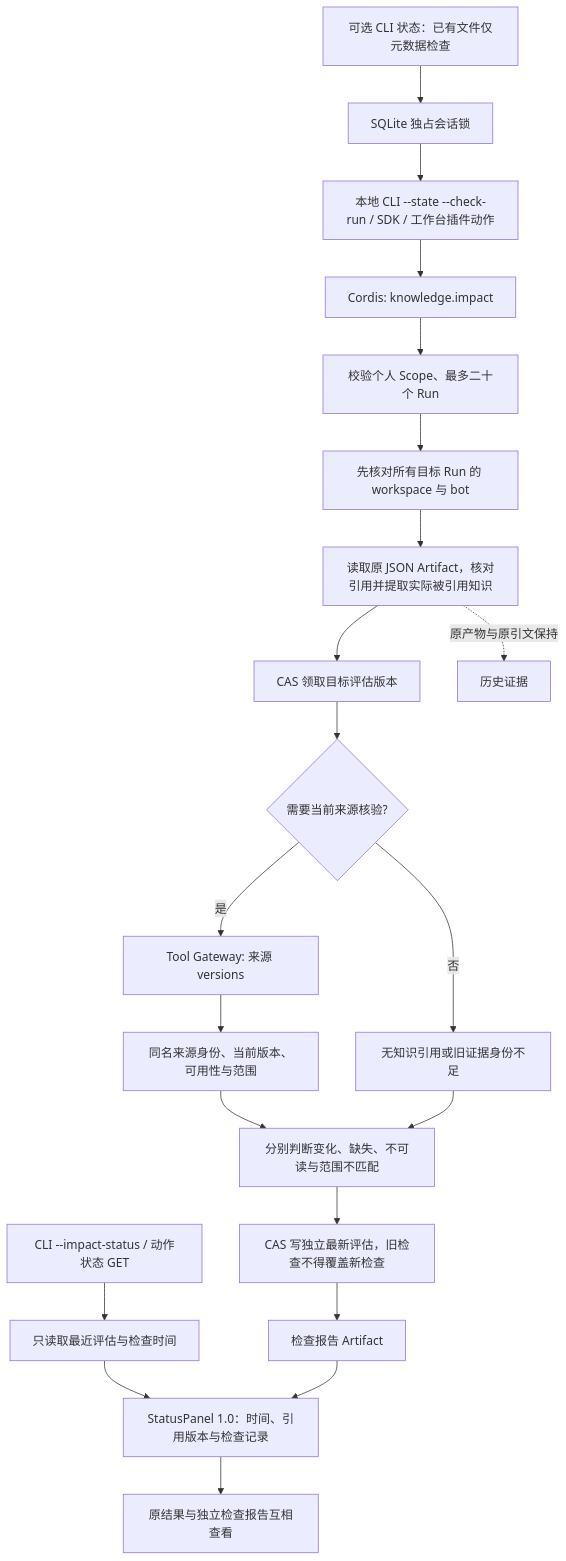
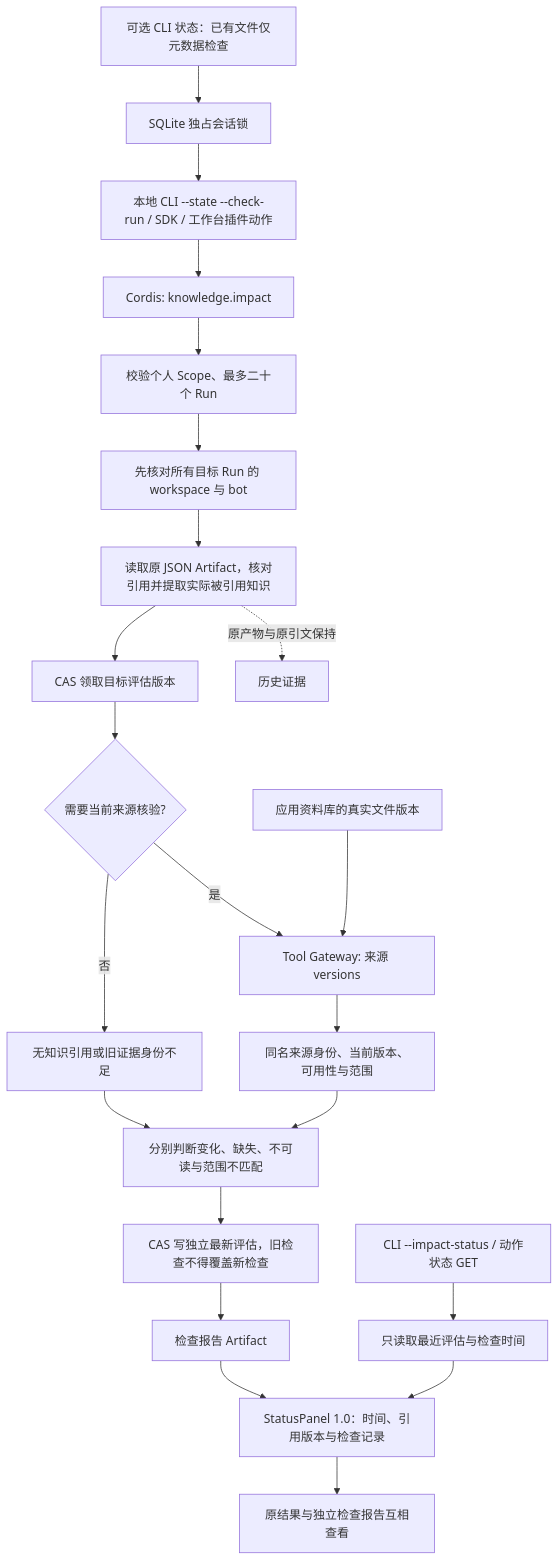
One commit to KlayPeter/AI-Delivery-Ops-Agent changed the diagram in backend/src/knowledge/impact/FEATURE.md. Above: the diagram before and after it, drawn with Mermaid. The commit also changed other lines of this file and 29 other files, not shown here.

````diff
--- a/backend/src/knowledge/impact/FEATURE.md
+++ b/backend/src/knowledge/impact/FEATURE.md
@@ -22,23 +22,24 @@
 ```mermaid
 flowchart TD
     FS[可选 CLI 状态：已有文件仅元数据检查] --> LK[SQLite 独占会话锁]
     LK --> U
     U[本地 CLI --state --check-run / SDK / 工作台插件动作] --> P[Cordis: knowledge.impact]
     P --> V[校验个人 Scope、最多二十个 Run]
     V --> R[先核对所有目标 Run 的 workspace 与 bot]
     R --> A[读取原 JSON Artifact，核对引用并提取实际被引用知识]
     A --> B[CAS 领取目标评估版本]
     B --> S{需要当前来源核验?}
     S -- 否 --> N[无知识引用或旧证据身份不足]
     S -- 是 --> T[Tool Gateway: 来源 versions]
     T --> C[同名来源身份、当前版本、可用性与范围]
     C --> O[分别判断变化、缺失、不可读与范围不匹配]
     N --> O
     O --> G[CAS 写独立最新评估，旧检查不得覆盖新检查]
     G --> J[检查报告 Artifact]
     A -. 原产物与原引文保持 .-> H[历史证据]
     L[CLI --impact-status / 动作状态 GET] --> K[只读取最近评估与检查时间]
     K --> PANEL[StatusPanel 1.0：时间、引用版本与检查记录]
     J --> PANEL
     PANEL --> NAV[原结果与独立检查报告互相查看]
+    KLIB[应用资料库的真实文件版本] --> T
 ```
````
